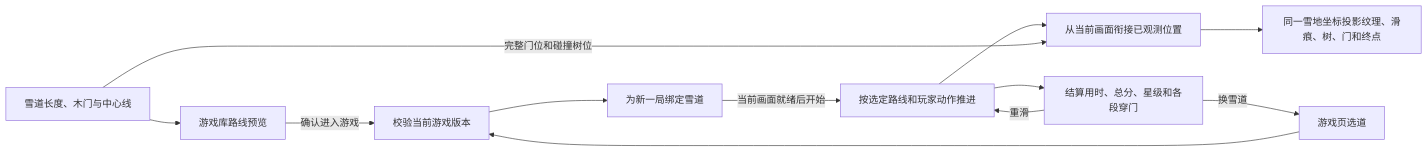
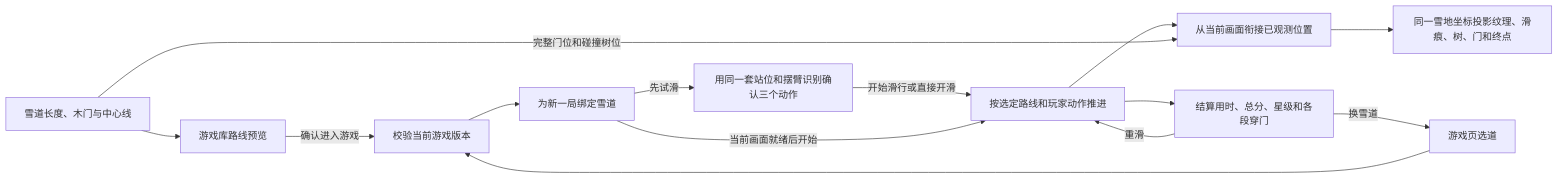
One commit to Geeprox/Friday changed the ninth of 19 diagrams in docs/architecture.md. Above: the diagram before and after it, drawn with Mermaid. The commit also changed other lines of this file and 17 other files, not shown here.

````diff
--- a/docs/architecture.md
+++ b/docs/architecture.md
@@ -179,14 +179,16 @@
 ```mermaid
 flowchart LR
   P[雪道长度、木门与中心线] --> L[游戏库路线预览]
   L -->|确认进入游戏| C[校验当前游戏版本]
   A[游戏页选道] --> C
   C --> R[为新一局绑定雪道]
+  R -->|先试滑| T[用同一套站位和摆臂识别确认三个动作]
+  T -->|开始滑行或直接开滑| G
   R -->|当前画面就绪后开始| G[按选定路线和玩家动作推进]
   G --> M[从当前画面衔接已观测位置]
   P -->|完整门位和碰撞树位| M
   M --> V[同一雪地坐标投影纹理、滑痕、树、门和终点]
   G --> S[结算用时、总分、星级和各段穿门]
   S -->|重滑| G
   S -->|换雪道| A
 ```
````
